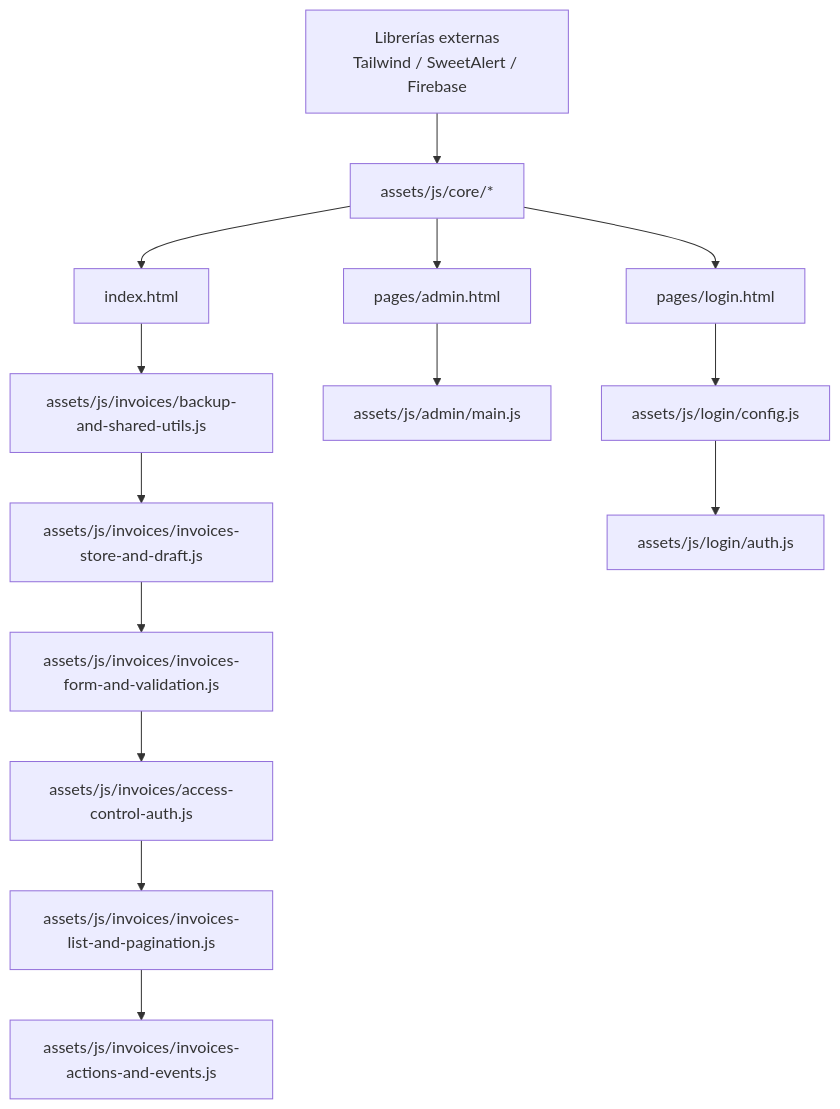
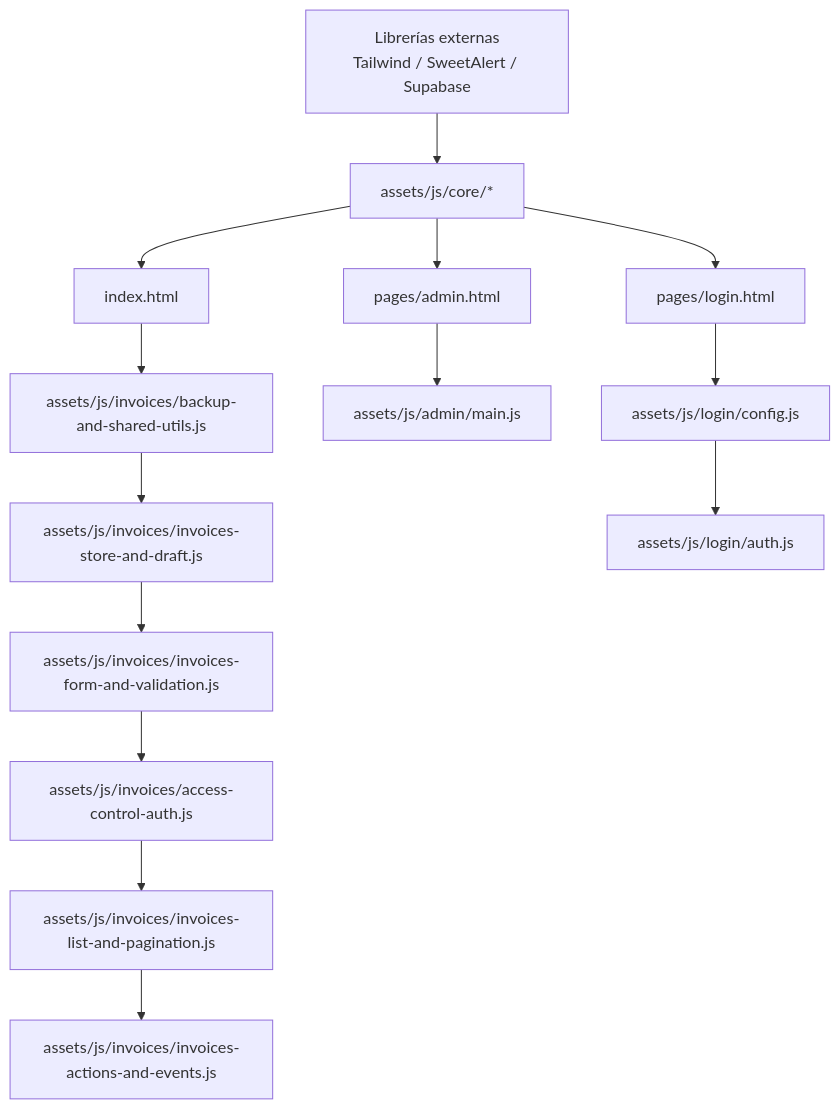
The diagram in README.md (JSTEx/sistema-facturacion-electronica), drawn with Mermaid before and after one commit. The commit also changed other lines of this file and 7 other files, not shown here.

First line of the commit message:
feat(supabase): fase 5 - limpieza final de Firebase

````diff
--- a/README.md
+++ b/README.md
@@ -105,19 +116,19 @@
 ```mermaid
 flowchart TD
-    A[Librerías externas<br/>Tailwind / SweetAlert / Firebase] --> B[assets/js/core/*]
+    A[Librerías externas<br/>Tailwind / SweetAlert / Supabase] --> B[assets/js/core/*]
 
     B --> C[index.html]
     C --> C1[assets/js/invoices/backup-and-shared-utils.js]
     C1 --> C2[assets/js/invoices/invoices-store-and-draft.js]
     C2 --> C3[assets/js/invoices/invoices-form-and-validation.js]
     C3 --> C4[assets/js/invoices/access-control-auth.js]
     C4 --> C5[assets/js/invoices/invoices-list-and-pagination.js]
     C5 --> C6[assets/js/invoices/invoices-actions-and-events.js]
 
     B --> D[pages/admin.html]
     D --> D1[assets/js/admin/main.js]
 
     B --> E[pages/login.html]
     E --> E1[assets/js/login/config.js]
     E1 --> E2[assets/js/login/auth.js]
 ```
````
